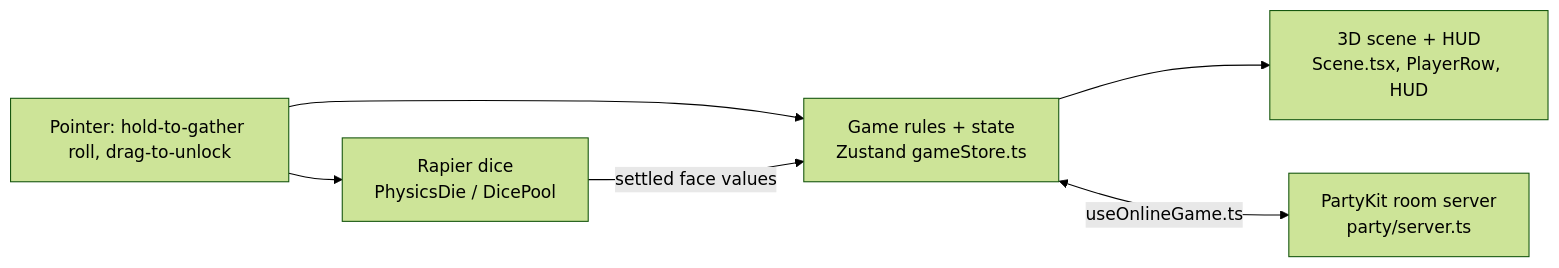
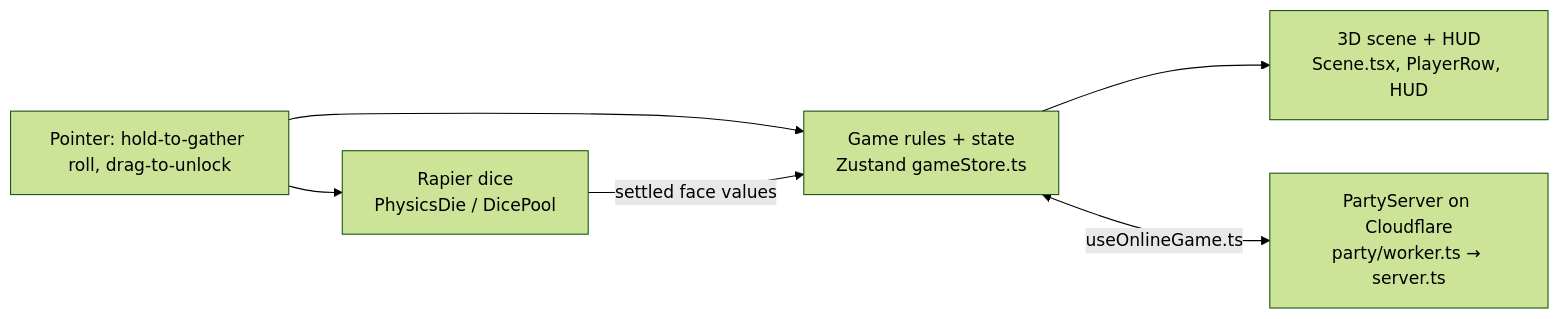
Before and after one commit to TheBlueMuzzy/roll-better: the diagram in .planning/TDD.md, drawn with Mermaid (forest theme). The commit also changed other lines of this file and 21 other files, not shown here.

First line of the commit message:
Move the online server from PartyKit to PartyServer on Muzzy's Cloudflare (v0.4.2)

````diff
--- a/.planning/TDD.md
+++ b/.planning/TDD.md
@@ -15,8 +15,8 @@
 ```mermaid
 flowchart LR
   Input[Pointer: hold-to-gather roll, drag-to-unlock] --> Store[Game rules + state<br/>Zustand gameStore.ts]
   Physics[Rapier dice<br/>PhysicsDie / DicePool] -->|settled face values| Store
   Input --> Physics
   Store --> View[3D scene + HUD<br/>Scene.tsx, PlayerRow, HUD]
-  Store <-->|useOnlineGame.ts| Net[PartyKit room server<br/>party/server.ts]
+  Store <-->|useOnlineGame.ts| Net[PartyServer on Cloudflare<br/>party/worker.ts → server.ts]
 ```
````
